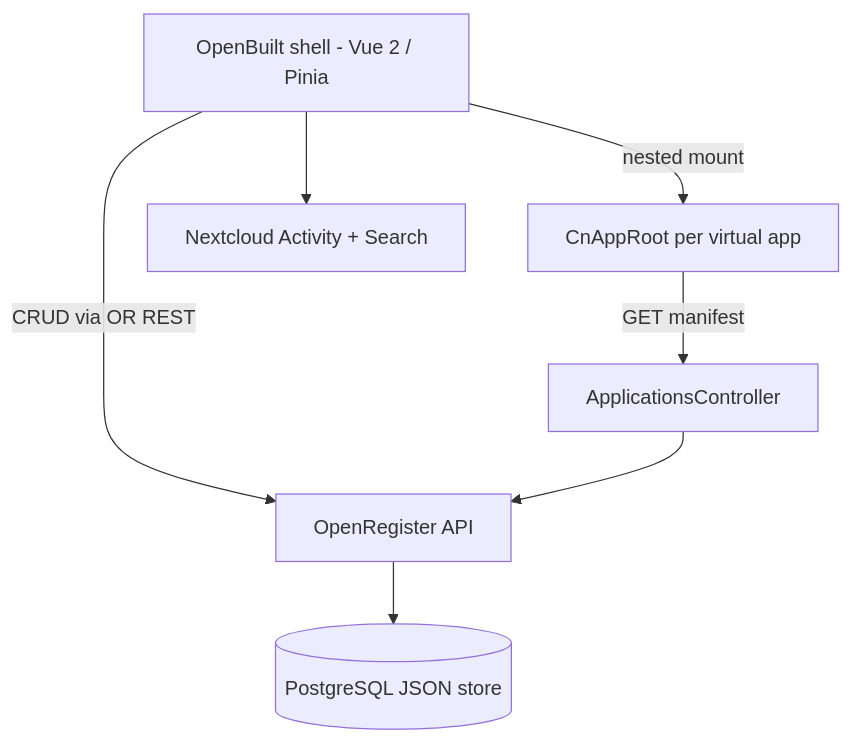
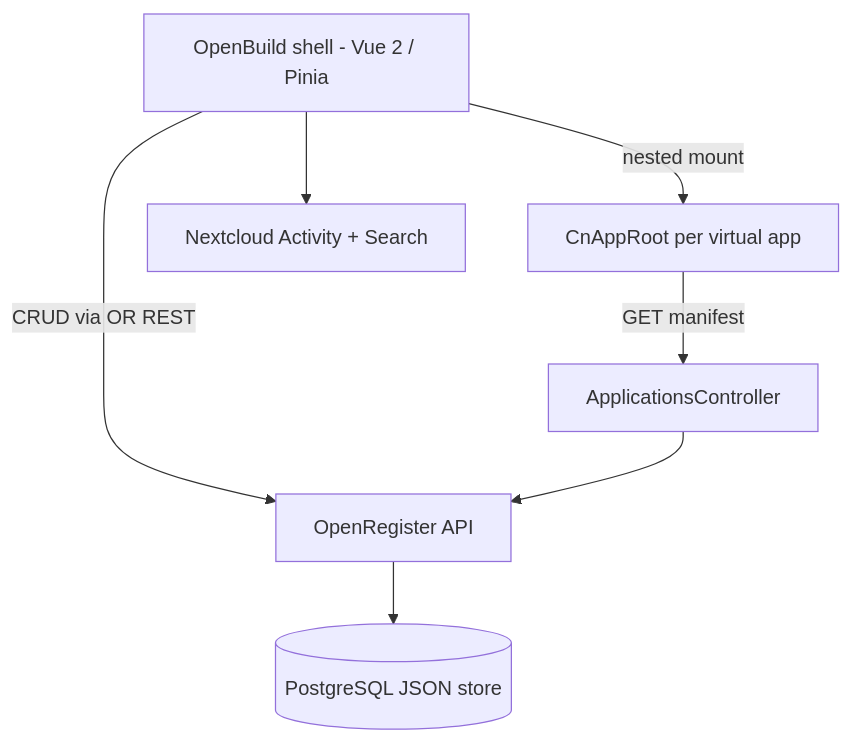
One commit to ConductionNL/buildiq changed the diagram in README.md. Above: the diagram before and after it, drawn with Mermaid. The commit also changed other lines of this file and 465 other files, not shown here.

````diff
--- a/README.md
+++ b/README.md
@@ -79,9 +79,9 @@
 ```mermaid
 graph TD
-    A[OpenBuilt shell - Vue 2 / Pinia] -->|nested mount| B[CnAppRoot per virtual app]
+    A[OpenBuild shell - Vue 2 / Pinia] -->|nested mount| B[CnAppRoot per virtual app]
     A -->|CRUD via OR REST| C[OpenRegister API]
     B -->|GET manifest| D[ApplicationsController]
     D --> C
     C --> E[(PostgreSQL JSON store)]
     A --> F[Nextcloud Activity + Search]
 ```
````
